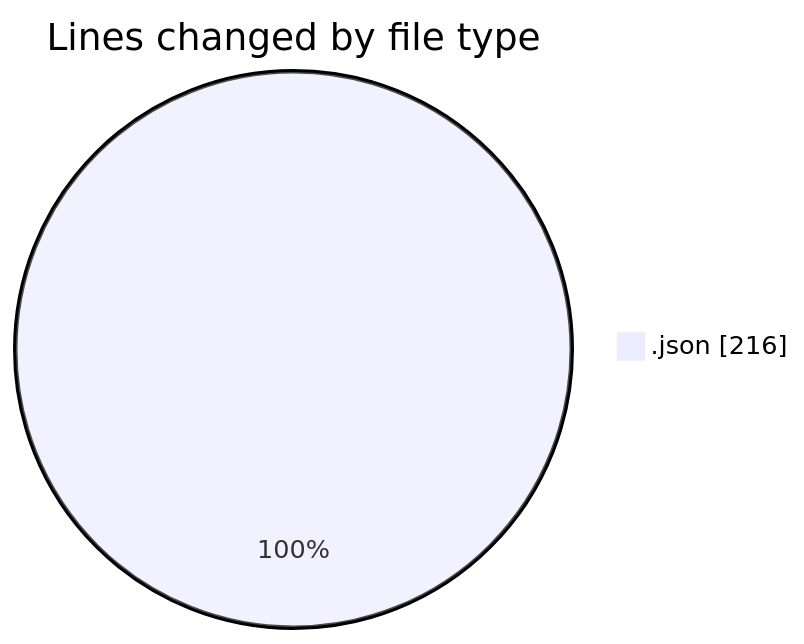
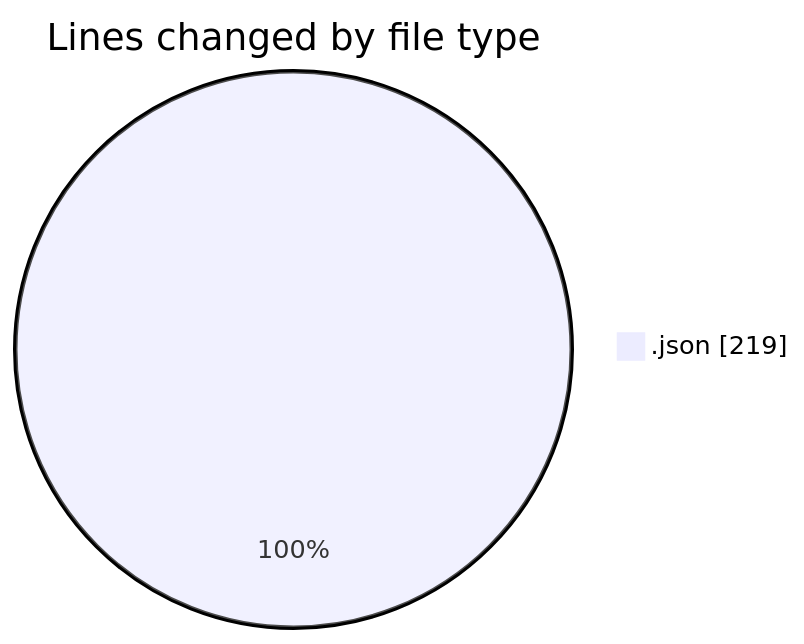
The first of 2 diagrams in 2025-03-15/desktop/README.md (idhammustaqopulfikri/code-tracking), drawn with Mermaid before and after one commit. The commit also changed other lines of this file and 1 other file, not shown here.

````diff
--- a/2025-03-15/desktop/README.md
+++ b/2025-03-15/desktop/README.md
@@ -20,5 +20,5 @@
 ```mermaid
 pie showData
 title Lines changed by file type
-".json" : 216
+".json" : 219
 ```
````
